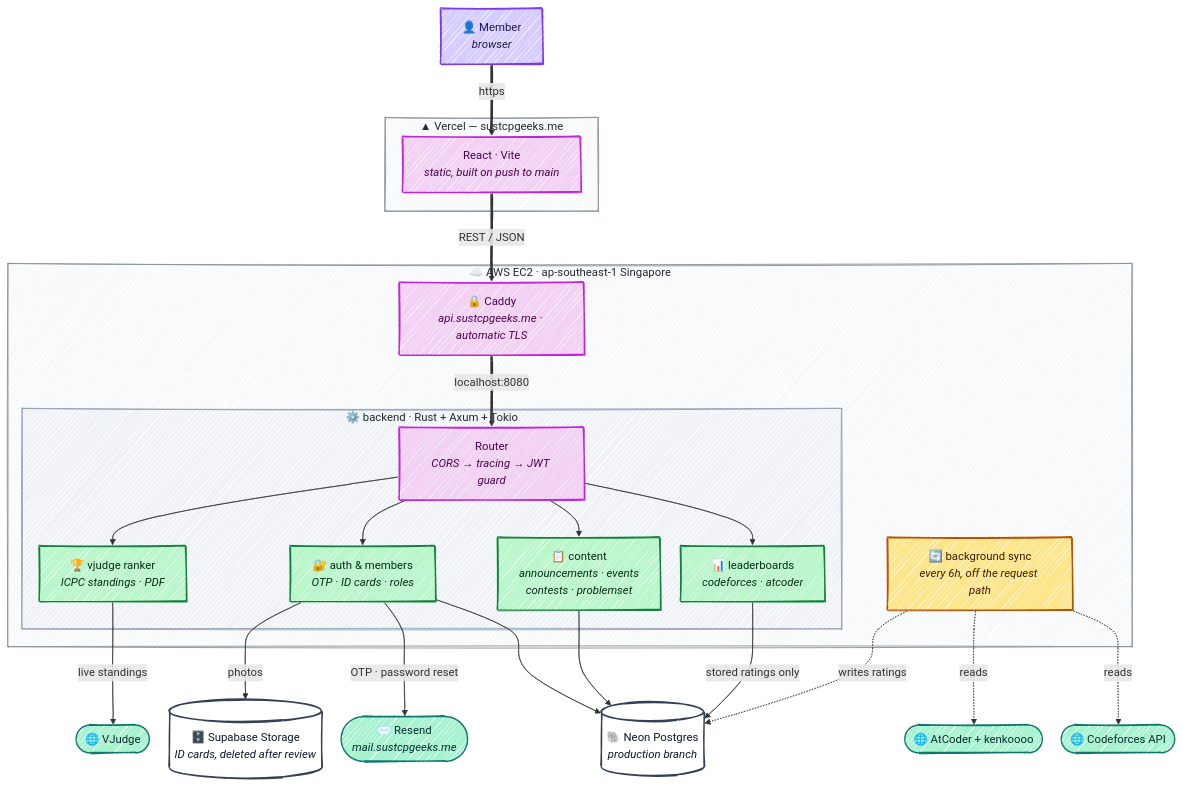
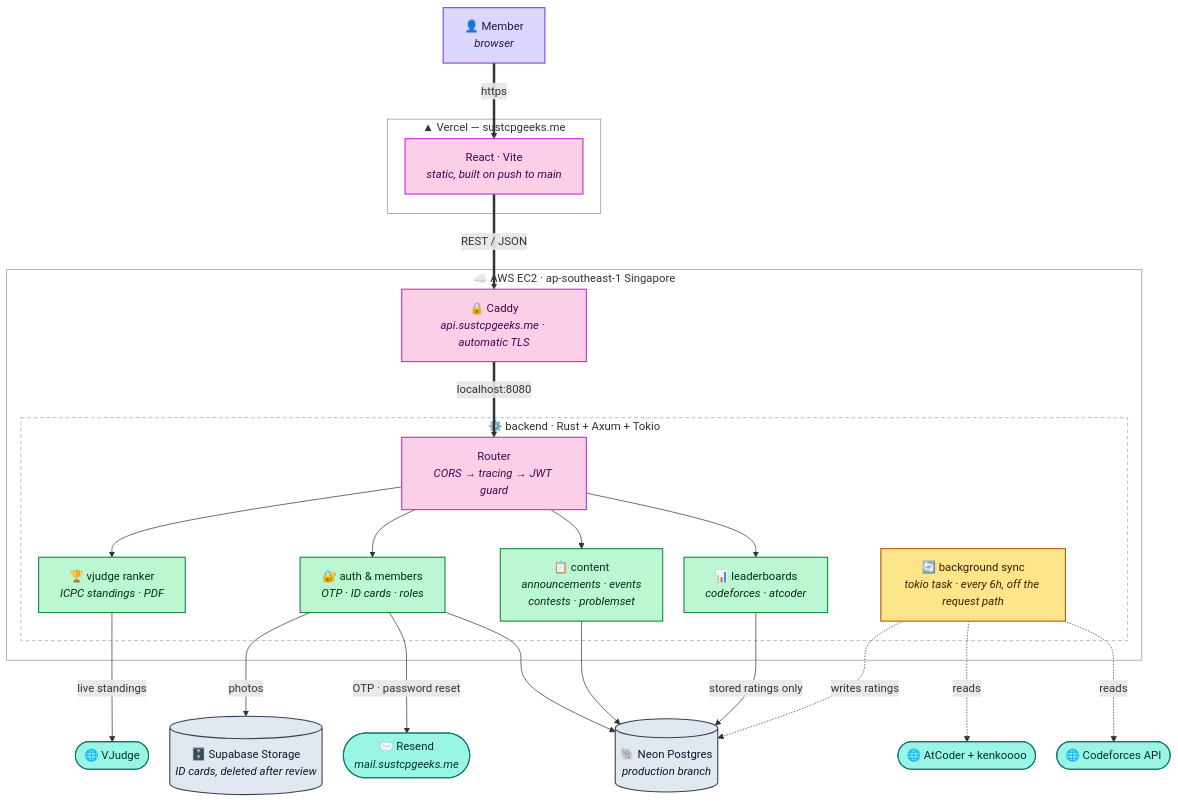
The diagram in README.md (sust-cp-geeks/cp-geeks-backend), drawn with Mermaid before and after one commit. The commit also changed other lines of this file, not shown here.

Commit message:
docs: drop the hand-drawn diagram style and fix where sync runs
the `look: handDrawn` directive rendered every node and, worse, every
subgraph background as rough.js hatching. at this node count that reads
as noise rather than as a sketch, and the boundary fills were baked for a
white page, so github's dark theme turned them into black slabs.

boundaries are now outlines with no fill, so they inherit the reader's
theme; nodes keep an opaque fill with dark text and stay legible on
either. verified by rendering with mermaid-cli against a white and a
#0d1117 background rather than by eye.

the diagram also drew the background sync outside the backend box, which
implies a separate process or a systemd timer. it is a tokio task
spawned in main.rs, inside the same binary as everything else — the only
timer we install is for backups. moved in and labelled as such.

also: the rust badge still advertised "stable" one commit after we
stopped tracking stable, and the structure tree listed neither deploy/
nor the new pin.

````diff
--- a/README.md
+++ b/README.md
@@ -12,68 +12,71 @@
 ```mermaid
-%%{init: {"look": "handDrawn", "flowchart": {"nodeSpacing": 26, "rankSpacing": 50}}}%%
+%%{init: {"flowchart": {"nodeSpacing": 30, "rankSpacing": 55}}}%%
 flowchart TB
     member["👤 Member<br/><i>browser</i>"]
 
     subgraph vercel["▲ Vercel — sustcpgeeks.me"]
         spa["React · Vite<br/><i>static, built on push to main</i>"]
     end
 
     subgraph aws["☁️ AWS EC2 · ap-southeast-1 Singapore"]
         caddy["🔒 Caddy<br/><i>api.sustcpgeeks.me · automatic TLS</i>"]
 
         subgraph app["⚙️ backend · Rust + Axum + Tokio"]
             router["Router<br/><i>CORS → tracing → JWT guard</i>"]
             auth["🔐 auth &amp; members<br/><i>OTP · ID cards · roles</i>"]
             content["📋 content<br/><i>announcements · events<br/>contests · problemset</i>"]
             boards["📊 leaderboards<br/><i>codeforces · atcoder</i>"]
             ranker["🏆 vjudge ranker<br/><i>ICPC standings · PDF</i>"]
+            sync["🔄 background sync<br/><i>tokio task · every 6h, off the request path</i>"]
         end
 
-        sync["🔄 background sync<br/><i>every 6h, off the request path</i>"]
     end
 
     neon[("🐘 Neon Postgres<br/><i>production branch</i>")]
     supa[("🗄️ Supabase Storage<br/><i>ID cards, deleted after review</i>")]
     resend(["✉️ Resend<br/><i>mail.sustcpgeeks.me</i>"])
     cfapi(["🌐 Codeforces API"])
     atapi(["🌐 AtCoder + kenkoooo"])
     vjapi(["🌐 VJudge"])
 
     member ==>|"https"| spa
     spa ==>|"REST / JSON"| caddy
     caddy ==>|"localhost:8080"| router
 
     router --> auth
     router --> content
     router --> boards
     router --> ranker
 
     auth --> neon
     auth -->|"OTP · password reset"| resend
     auth -->|"photos"| supa
     content --> neon
     boards -->|"stored ratings only"| neon
     ranker -->|"live standings"| vjapi
 
     sync -.->|"writes ratings"| neon
     sync -.->|"reads"| cfapi
     sync -.->|"reads"| atapi
 
-    style vercel fill:#f6f8fa,stroke:#8b949e,color:#24292f
-    style aws fill:#f6f8fa,stroke:#8b949e,color:#24292f
-    style app fill:#eef2f7,stroke:#94a3b8,color:#24292f
+    %% boundaries are outlines, not fills: a baked-in light fill turns into a
+    %% white slab on github's dark theme, which is what the hatched version did
+    style vercel fill:none,stroke:#8b949e,stroke-width:1px
+    style aws fill:none,stroke:#8b949e,stroke-width:1px
+    style app fill:none,stroke:#94a3b8,stroke-width:1px,stroke-dasharray:5 4
 
-    classDef person fill:#d6ccff,stroke:#7c3aed,color:#1e1b4b,stroke-width:2px;
-    classDef web fill:#f3d1f4,stroke:#c026d3,color:#4a044e,stroke-width:2px;
-    classDef svc fill:#b9f6ca,stroke:#15803d,color:#052e16,stroke-width:2px;
-    classDef job fill:#fde68a,stroke:#b45309,color:#451a03,stroke-width:2px;
-    classDef store fill:#fff,stroke:#334155,color:#0f172a,stroke-width:2px;
-    classDef ext fill:#a7f3d0,stroke:#0f766e,color:#042f2e,stroke-width:2px;
+    %% nodes keep an opaque fill with dark text, so they read on either theme
+    classDef person fill:#ddd6fe,stroke:#7c3aed,color:#1e1b4b,stroke-width:1.5px;
+    classDef web fill:#fbcfe8,stroke:#c026d3,color:#4a044e,stroke-width:1.5px;
+    classDef svc fill:#bbf7d0,stroke:#15803d,color:#052e16,stroke-width:1.5px;
+    classDef job fill:#fde68a,stroke:#b45309,color:#451a03,stroke-width:1.5px;
+    classDef store fill:#e2e8f0,stroke:#334155,color:#0f172a,stroke-width:1.5px;
+    classDef ext fill:#99f6e4,stroke:#0f766e,color:#042f2e,stroke-width:1.5px;
 
     class member person;
     class spa,caddy,router web;
     class auth,content,boards,ranker svc;
     class sync job;
     class neon,supa store;
     class resend,cfapi,atapi,vjapi ext;
 ```
````
